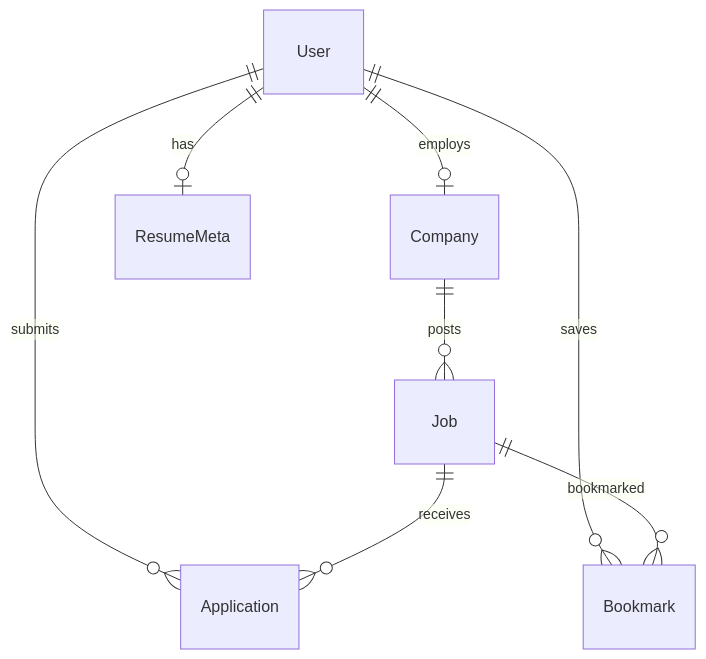
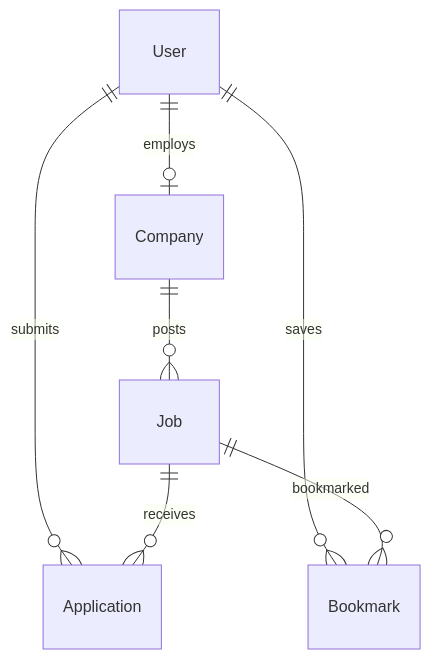
The second of 2 diagrams in docs/projects/01-job-portal.md (asim-systango/fullstack-monorepo), drawn with Mermaid before and after one commit. The commit also changed other lines of this file and 19 other files, not shown here.

````diff
--- a/docs/projects/01-job-portal.md
+++ b/docs/projects/01-job-portal.md
@@ -29,10 +400,9 @@
 ```mermaid
 erDiagram
   User ||--o| Company : employs
   Company ||--o{ Job : posts
   User ||--o{ Application : submits
   Job ||--o{ Application : receives
   User ||--o{ Bookmark : saves
   Job ||--o{ Bookmark : bookmarked
-  User ||--o| ResumeMeta : has
 ```
````
